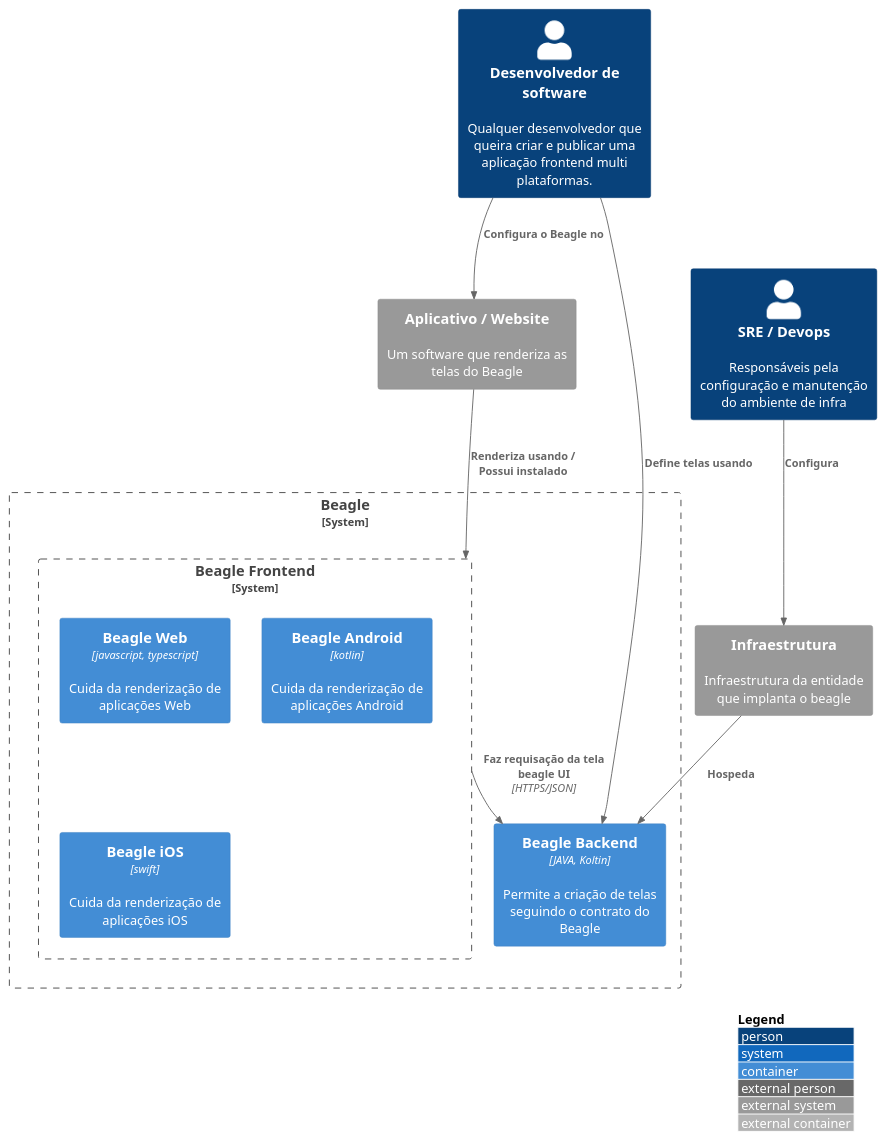
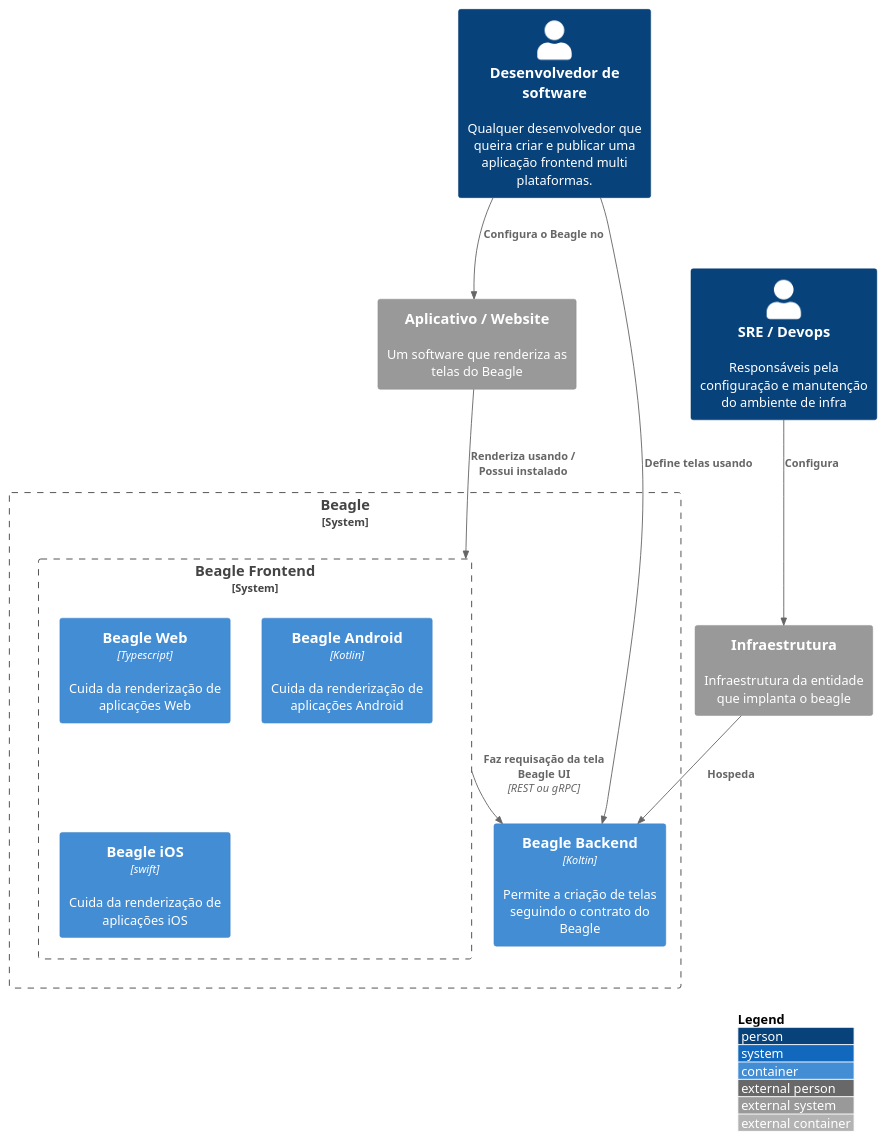
One commit to ZupIT/beagle-c4model changed the diagram in pt-br/src/C2 - Container/c2.puml. Above: the diagram before and after it, drawn with PlantUML. The commit also changed 1 other file, not shown here.

```diff
--- a/pt-br/src/C2 - Container/c2.puml
+++ b/pt-br/src/C2 - Container/c2.puml
@@ -1,29 +1,29 @@
 @startuml container
 !include https://raw.githubusercontent.com/adrianvlupu/C4-PlantUML/latest/C4_Container.puml
 
 LAYOUT_WITH_LEGEND()
 
 Person(software_developer, "Desenvolvedor de software", "Qualquer desenvolvedor que queira criar e publicar uma aplicação frontend multi plataformas.")
 System_Boundary(beagle, "Beagle"){
   
-  Container(beagle_backend, "Beagle Backend", "JAVA, Koltin", "Permite a criação de telas seguindo o contrato do Beagle")
+  Container(beagle_backend, "Beagle Backend", "Koltin", "Permite a criação de telas seguindo o contrato do Beagle")
 
   System_Boundary(beagle_frontend, "Beagle Frontend") {
       
-    Container(beagle_web_core, "Beagle Web", "javascript, typescript", "Cuida da renderização de aplicações Web")
-      Container(beagle_android, "Beagle Android", "kotlin", "Cuida da renderização de aplicações Android")
+    Container(beagle_web_core, "Beagle Web", "Typescript", "Cuida da renderização de aplicações Web")
+      Container(beagle_android, "Beagle Android", "Kotlin", "Cuida da renderização de aplicações Android")
       Container(beagle_ios, "Beagle iOS", "swift", "Cuida da renderização de aplicações iOS")
   }
 }
 System_Ext(frontend_app, "Aplicativo / Website", "Um software que renderiza as telas do Beagle")
 System_Ext(infra, "Infraestrutura", "Infraestrutura da entidade que implanta o beagle")
 Person(sre, "SRE / Devops", "Responsáveis pela configuração e manutenção do ambiente de infra")
 
 Rel(software_developer, beagle_backend, "Define telas usando")
 Rel(frontend_app, beagle_frontend, "Renderiza usando / Possui instalado")
-Rel(beagle_frontend, beagle_backend, "Faz requisação da tela beagle UI","HTTPS/JSON")
+Rel(beagle_frontend, beagle_backend, "Faz requisação da tela Beagle UI","REST ou gRPC")
 Rel(infra, beagle_backend, "Hospeda")
 Rel(sre, infra, "Configura")
 Rel(software_developer, frontend_app, "Configura o Beagle no")
 
 @enduml
```
